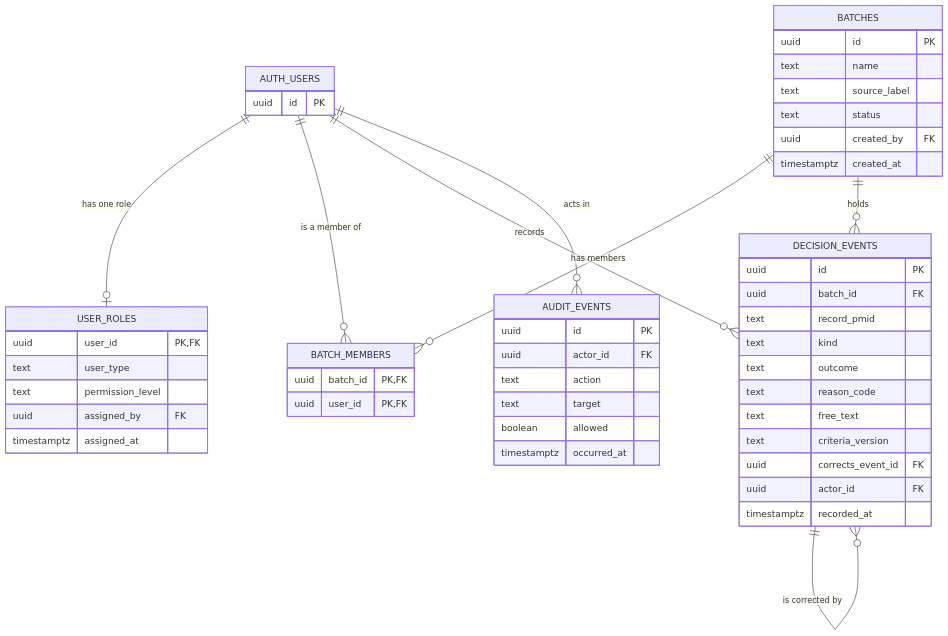
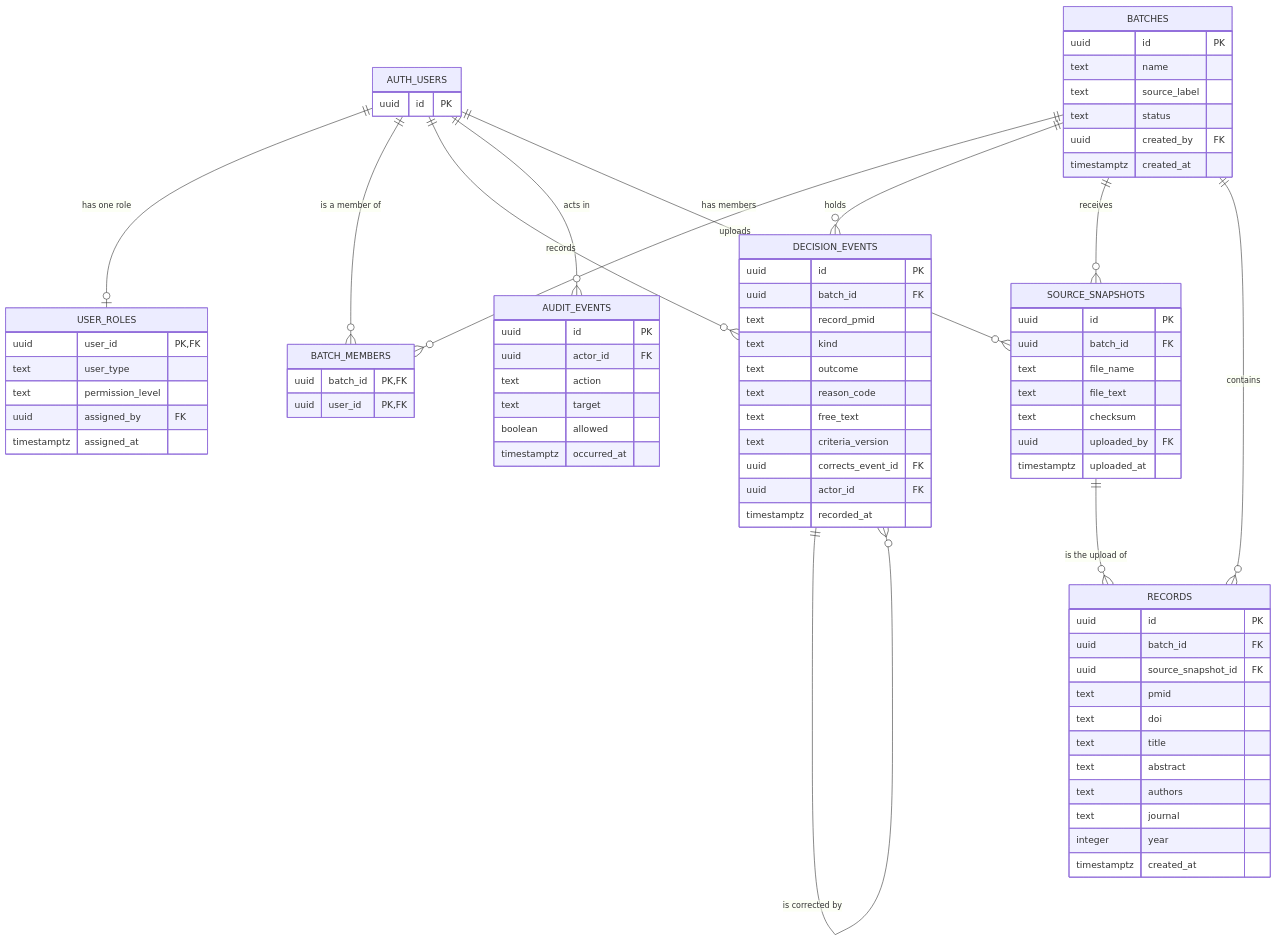
The diagram in docs/database-diagram.md (paulpanteleon/Project-CLR), drawn with Mermaid before and after one commit. The commit also changed other lines of this file and 3 other files, not shown here.

First line of the commit message:
Add source files and records tables

````diff
--- a/docs/database-diagram.md
+++ b/docs/database-diagram.md
@@ -7,54 +7,80 @@
 ```mermaid
 erDiagram
     AUTH_USERS ||--o| USER_ROLES : "has one role"
     AUTH_USERS ||--o{ BATCH_MEMBERS : "is a member of"
     BATCHES ||--o{ BATCH_MEMBERS : "has members"
     BATCHES ||--o{ DECISION_EVENTS : "holds"
     DECISION_EVENTS ||--o{ DECISION_EVENTS : "is corrected by"
     AUTH_USERS ||--o{ DECISION_EVENTS : "records"
     AUTH_USERS ||--o{ AUDIT_EVENTS : "acts in"
+    BATCHES ||--o{ SOURCE_SNAPSHOTS : "receives"
+    BATCHES ||--o{ RECORDS : "contains"
+    SOURCE_SNAPSHOTS ||--o{ RECORDS : "is the upload of"
+    AUTH_USERS ||--o{ SOURCE_SNAPSHOTS : "uploads"
 
     AUTH_USERS {
         uuid id PK
     }
     USER_ROLES {
         uuid user_id PK, FK
         text user_type
         text permission_level
         uuid assigned_by FK
         timestamptz assigned_at
     }
     BATCHES {
         uuid id PK
         text name
         text source_label
         text status
         uuid created_by FK
         timestamptz created_at
     }
     BATCH_MEMBERS {
         uuid batch_id PK, FK
         uuid user_id PK, FK
     }
     DECISION_EVENTS {
         uuid id PK
         uuid batch_id FK
         text record_pmid
         text kind
         text outcome
         text reason_code
         text free_text
         text criteria_version
         uuid corrects_event_id FK
         uuid actor_id FK
         timestamptz recorded_at
     }
+    SOURCE_SNAPSHOTS {
+        uuid id PK
+        uuid batch_id FK
+        text file_name
+        text file_text
+        text checksum
+        uuid uploaded_by FK
+        timestamptz uploaded_at
+    }
+    RECORDS {
+        uuid id PK
+        uuid batch_id FK
+        uuid source_snapshot_id FK
+        text pmid
+        text doi
+        text title
+        text abstract
+        text authors
+        text journal
+        integer year
+        timestamptz created_at
+    }
     AUDIT_EVENTS {
         uuid id PK
         uuid actor_id FK
         text action
         text target
         boolean allowed
         timestamptz occurred_at
     }
 ```
````
